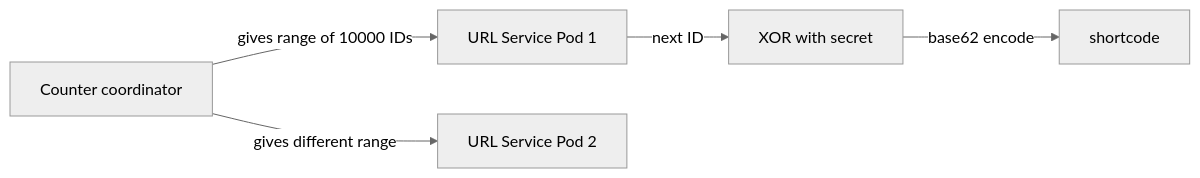
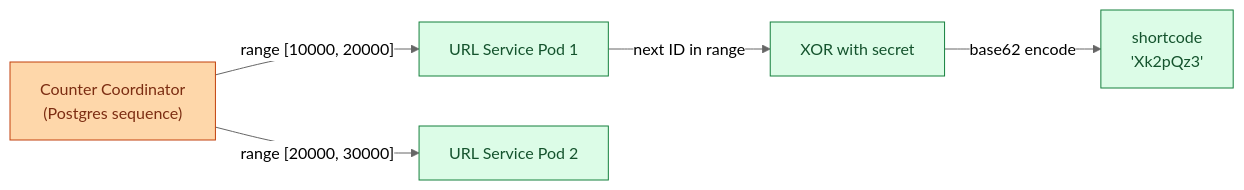
One commit to shiningflash/system-design changed the second of 5 diagrams in problems/001-url-shortener/solution.md. Above: the diagram before and after it, drawn with Mermaid (neutral theme). The commit also changed other lines of this file and 38 other files, not shown here.

````diff
--- a/problems/001-url-shortener/solution.md
+++ b/problems/001-url-shortener/solution.md
@@ -96,7 +147,10 @@
 ```mermaid
 flowchart LR
-  A[Counter coordinator] -->|gives range of 10000 IDs| B[URL Service Pod 1]
-  A -->|gives different range| C[URL Service Pod 2]
-  B -->|next ID| D[XOR with secret]
-  D -->|base62 encode| E[shortcode]
+    Coord["Counter Coordinator<br/>(Postgres sequence)"]:::db -->|"range [10000, 20000]"| Pod1["URL Service Pod 1"]:::app
+    Coord -->|"range [20000, 30000]"| Pod2["URL Service Pod 2"]:::app
+    Pod1 -->|next ID in range| XOR["XOR with secret"]:::app
+    XOR -->|base62 encode| Code["shortcode<br/>'Xk2pQz3'"]:::app
+
+    classDef db fill:#fed7aa,stroke:#c2410c,color:#7c2d12
+    classDef app fill:#dcfce7,stroke:#15803d,color:#14532d
 ```
````
